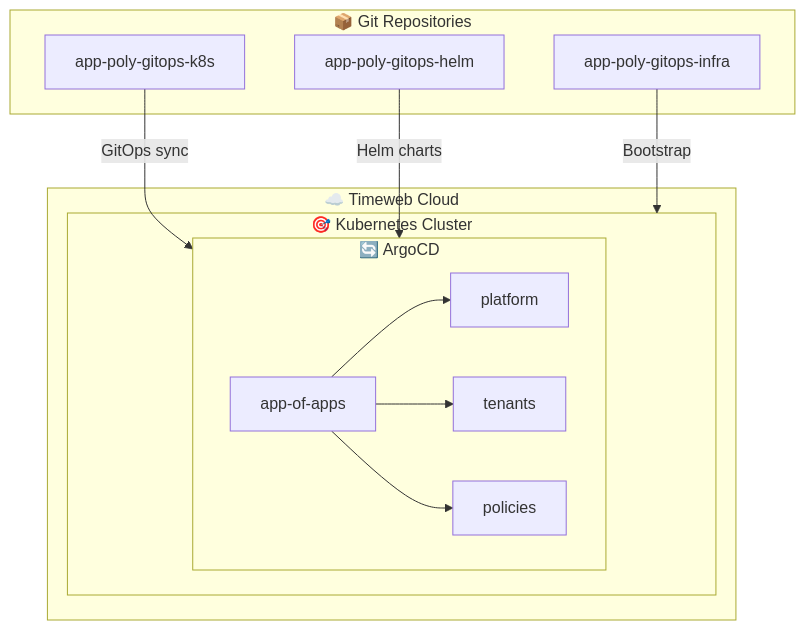
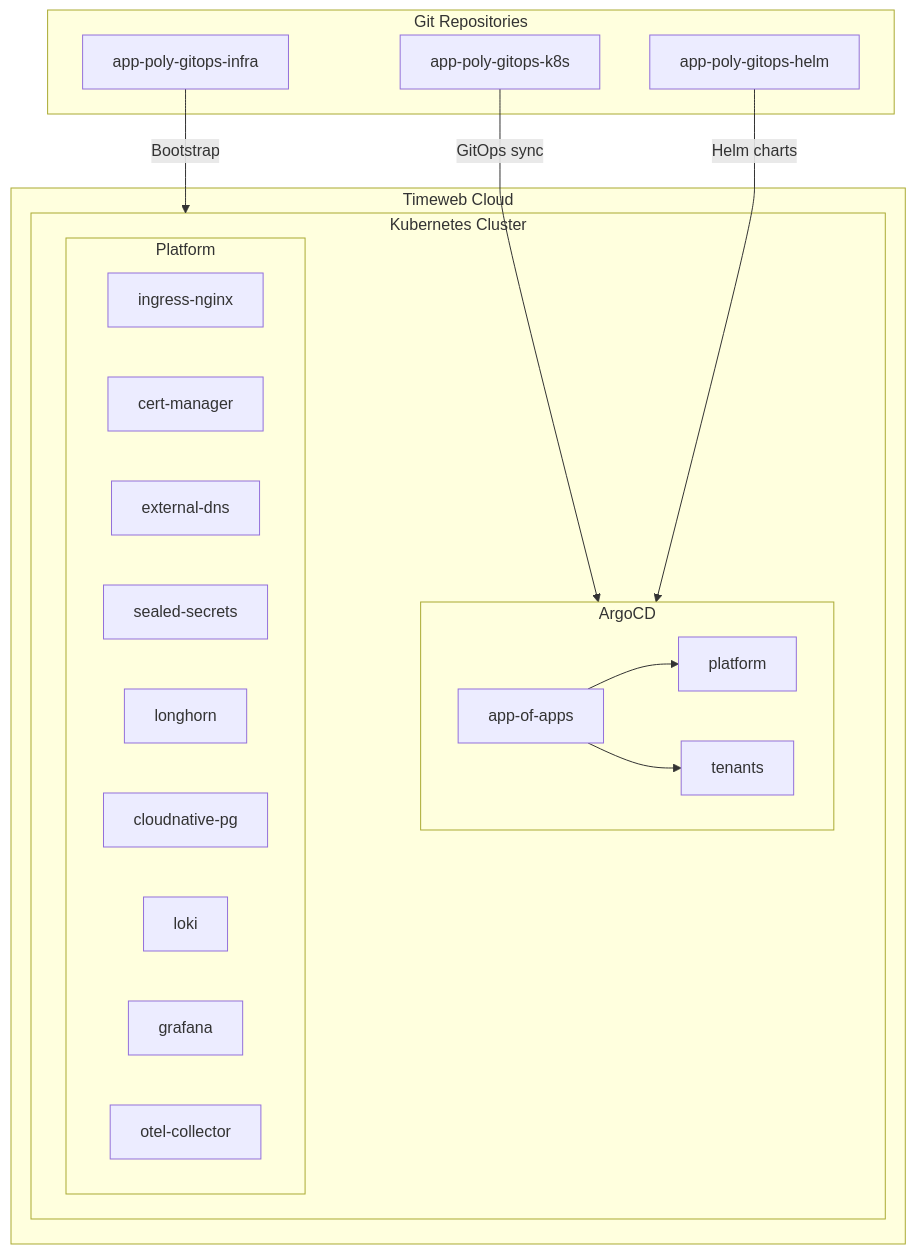
Before and after one commit to justgithubaccount/app-poly-gitops-infra: the diagram in README.md, drawn with Mermaid. The commit also changed other lines of this file, not shown here.

Commit message:
docs: update README with architecture and golden install notes
- Updated architecture diagram with platform components
- Added Golden Install Notes section
- Added Access section with ArgoCD URL
- Removed emoji from diagram labels

🤖 Generated with [Claude Code](https://claude.com/claude-code)

````diff
--- a/README.md
+++ b/README.md
@@ -49,23 +49,33 @@
 ```mermaid
 flowchart TB
-    subgraph CLOUD["☁️ Timeweb Cloud"]
-        subgraph CLUSTER["🎯 Kubernetes Cluster"]
-            subgraph ARGOCD["🔄 ArgoCD"]
+    subgraph CLOUD["Timeweb Cloud"]
+        subgraph CLUSTER["Kubernetes Cluster"]
+            subgraph ARGOCD["ArgoCD"]
                 root[app-of-apps]
                 root --> platform
                 root --> tenants
-                root --> policies
+            end
+            subgraph PLATFORM["Platform"]
+                nginx[ingress-nginx]
+                cert[cert-manager]
+                dns[external-dns]
+                sealed[sealed-secrets]
+                longhorn[longhorn]
+                cnpg[cloudnative-pg]
+                loki[loki]
+                grafana[grafana]
+                otel[otel-collector]
             end
         end
     end
 
-    subgraph REPOS["📦 Git Repositories"]
+    subgraph REPOS["Git Repositories"]
         k8s[app-poly-gitops-k8s]
         helm[app-poly-gitops-helm]
         infra[app-poly-gitops-infra]
     end
 
     k8s --> |"GitOps sync"| ARGOCD
     helm --> |"Helm charts"| ARGOCD
     infra --> |"Bootstrap"| CLUSTER
 ```
````
